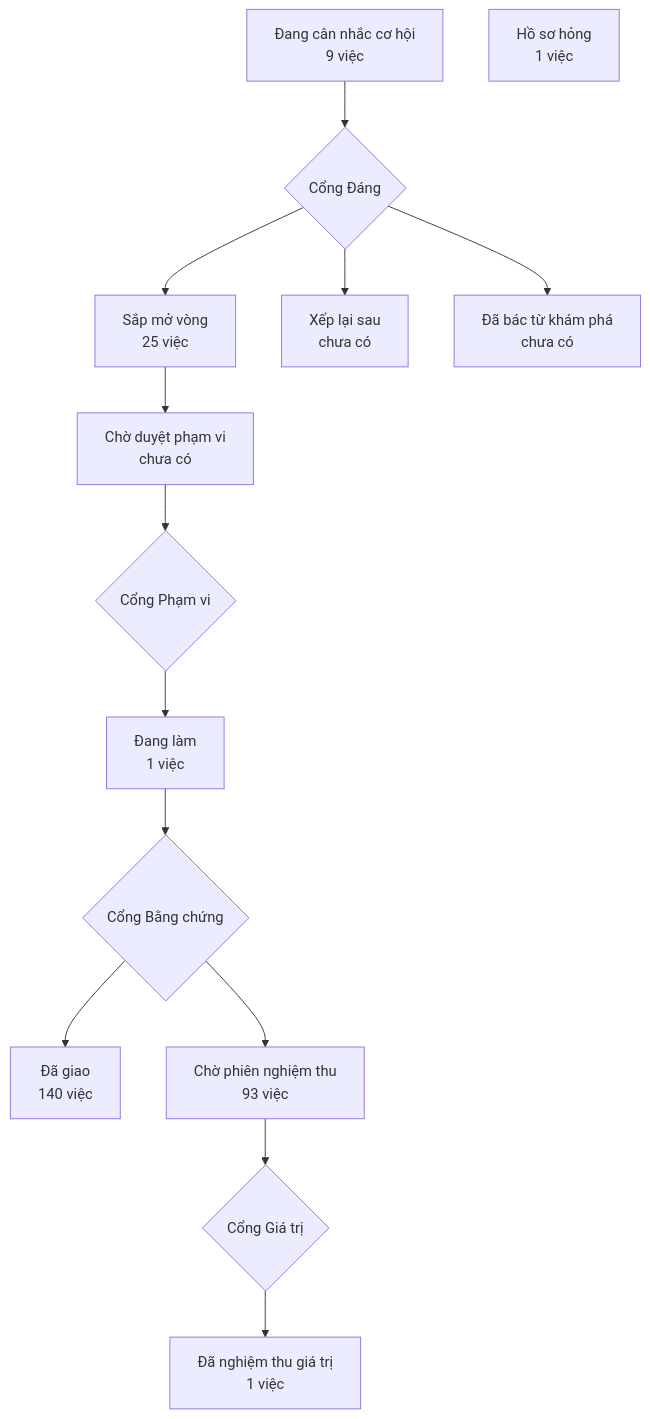
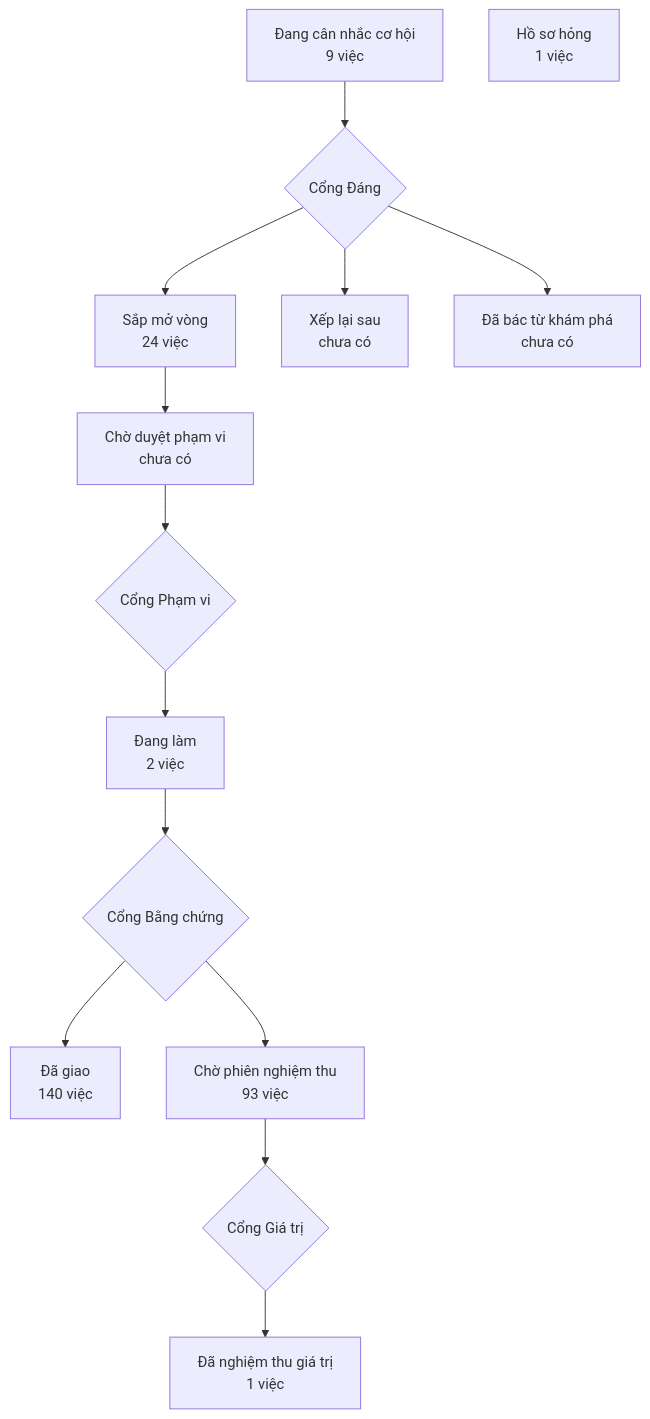
The diagram in PRODUCT-MAP.md (phanlemanh/crm-onehub), drawn with Mermaid before and after one commit. The commit also changed 1 other file, not shown here.

Commit message:
chore: vẽ lại bản đồ sản phẩm sau khi gộp onehub 85c0e4cc9

````diff
--- a/PRODUCT-MAP.md
+++ b/PRODUCT-MAP.md
@@ -7,13 +7,13 @@
 ```mermaid
 flowchart TD
   A["Đang cân nhắc cơ hội<br/>9 việc"] --> GD{"Cổng Đáng"}
-  GD --> B["Sắp mở vòng<br/>25 việc"]
+  GD --> B["Sắp mở vòng<br/>24 việc"]
   GD --> XL["Xếp lại sau<br/>chưa có"]
   GD --> DB["Đã bác từ khám phá<br/>chưa có"]
   B --> CD["Chờ duyệt phạm vi<br/>chưa có"] --> GP{"Cổng Phạm vi"}
-  GP --> DL["Đang làm<br/>1 việc"] --> GB{"Cổng Bằng chứng"}
+  GP --> DL["Đang làm<br/>2 việc"] --> GB{"Cổng Bằng chứng"}
   GB --> DG["Đã giao<br/>140 việc"]
   GB --> CN["Chờ phiên nghiệm thu<br/>93 việc"] --> GG{"Cổng Giá trị"}
   GG --> NT["Đã nghiệm thu giá trị<br/>1 việc"]
   HS["Hồ sơ hỏng<br/>1 việc"]
 ```
````
